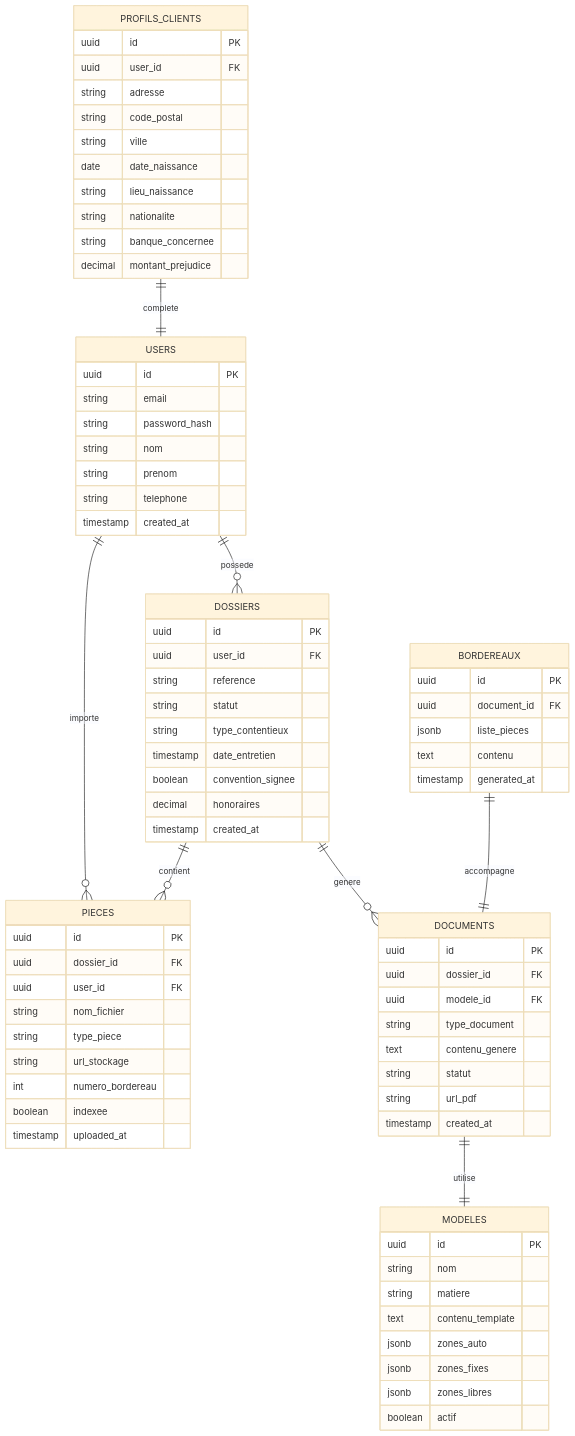
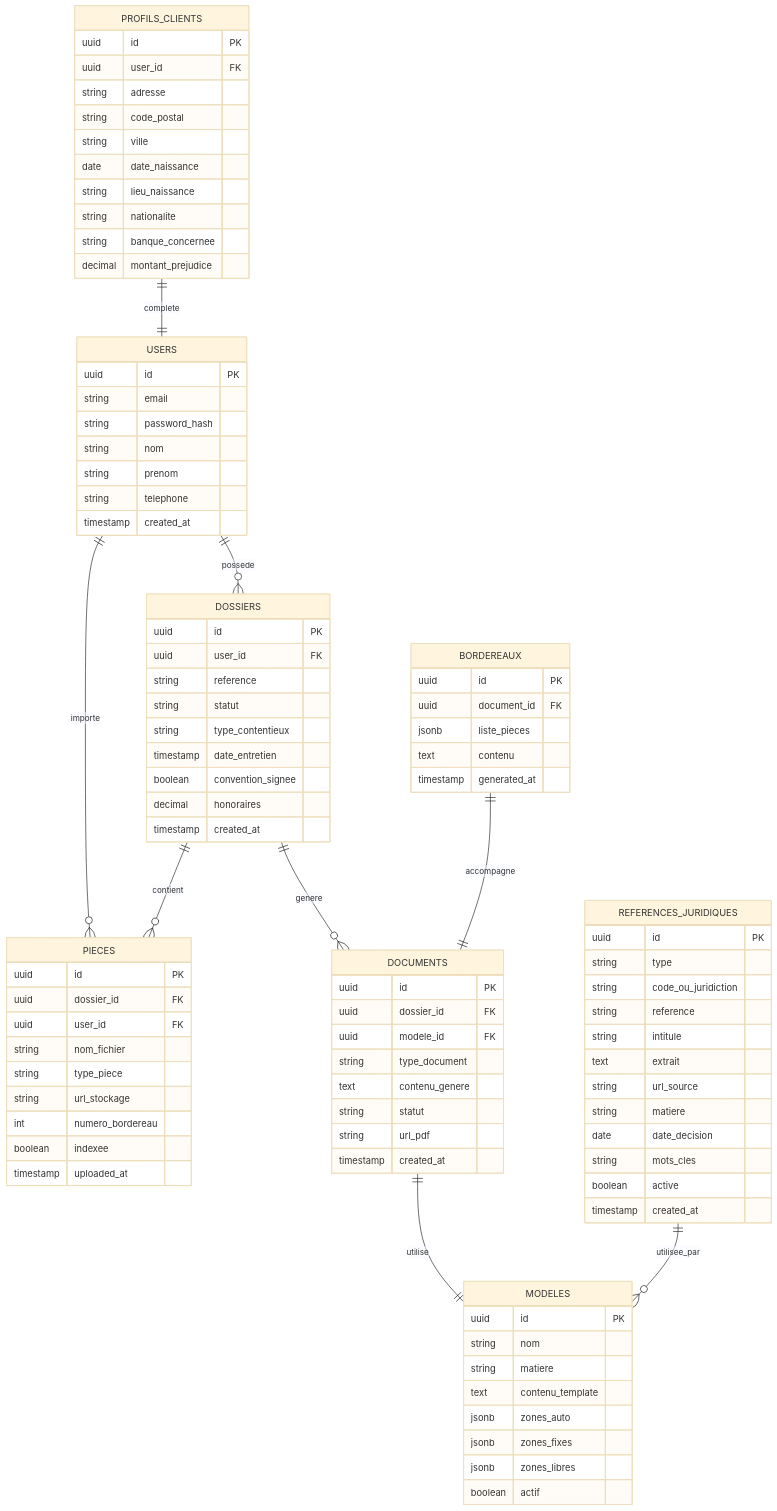
Before and after one commit to NMajster/Corentin-app: the ninth of 10 diagrams in README.md, drawn with Mermaid (base theme). The commit also changed other lines of this file, not shown here.

Commit message:
Add: Table references_juridiques pour base legale et jurisprudentielle

````diff
--- a/README.md
+++ b/README.md
@@ -412,4 +412,20 @@
         text contenu
         timestamp generated_at
     }
+    
+    REFERENCES_JURIDIQUES ||--o{ MODELES : utilisee_par
+    REFERENCES_JURIDIQUES {
+        uuid id PK
+        string type
+        string code_ou_juridiction
+        string reference
+        string intitule
+        text extrait
+        string url_source
+        string matiere
+        date date_decision
+        string mots_cles
+        boolean active
+        timestamp created_at
+    }
 ```
````
